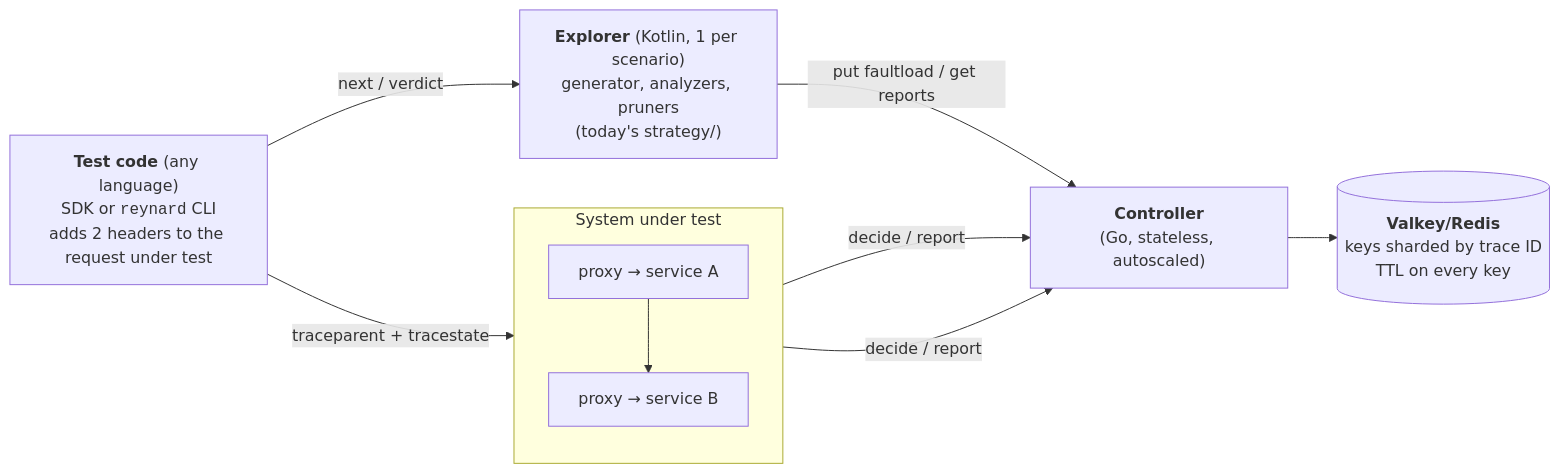
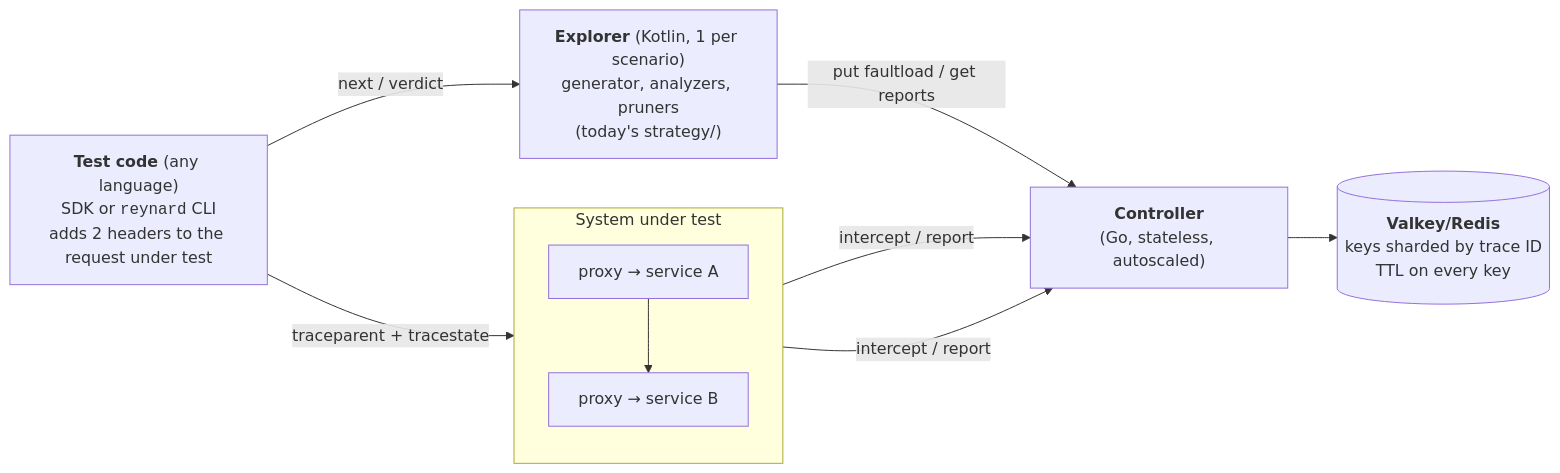
The diagram in docs/proposal-v2-architecture.md (reynard-testing/reynard), drawn with Mermaid before and after one commit. The commit also changed other lines of this file and 20 other files, not shown here.

First line of the commit message:
refactor: move controller endpoints to v2, rename init to intercept

````diff
--- a/docs/proposal-v2-architecture.md
+++ b/docs/proposal-v2-architecture.md
@@ -24,18 +24,18 @@
 ```mermaid
 flowchart LR
     test["<b>Test code</b> (any language)<br/>SDK or <code>reynard</code> CLI<br/>adds 2 headers to the request under test"]
     explorer["<b>Explorer</b> (Kotlin, 1 per scenario)<br/>generator, analyzers, pruners<br/>(today's strategy/)"]
     subgraph sut["System under test"]
         direction TB
         pa["proxy → service A"] --> pb["proxy → service B"]
     end
     controller["<b>Controller</b><br/>(Go, stateless, autoscaled)"]
     store[("<b>Valkey/Redis</b><br/>keys sharded by trace ID<br/>TTL on every key")]
 
     test -- "next / verdict" --> explorer
     test -- "traceparent + tracestate" --> pa
     explorer -- "put faultload / get reports" --> controller
-    pa -- "decide / report" --> controller
-    pb -- "decide / report" --> controller
+    pa -- "intercept / report" --> controller
+    pb -- "intercept / report" --> controller
     controller --> store
 ```
````
